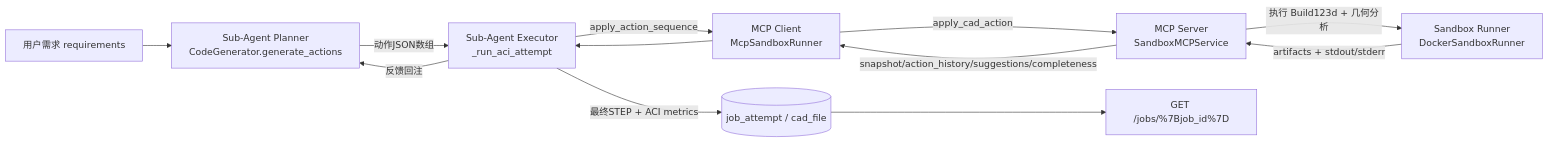
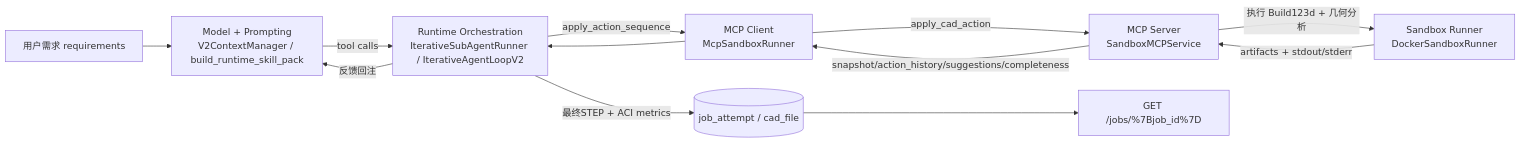
The first of 3 diagrams in docs/CAD_ACTION_ITERATION.md (Jrx2003/aicad.subagent.build123d), drawn with Mermaid before and after one commit. The commit also changed other lines of this file and 220 other files, not shown here.

Commit message:
Refactor runtime ownership and archive legacy planner

````diff
--- a/docs/CAD_ACTION_ITERATION.md
+++ b/docs/CAD_ACTION_ITERATION.md
@@ -25,14 +38,14 @@
 ```mermaid
 flowchart LR
-    U[用户需求 requirements] --> P[Sub-Agent Planner\nCodeGenerator.generate_actions]
-    P -->|动作JSON数组| E[Sub-Agent Executor\n_run_aci_attempt]
+    U[用户需求 requirements] --> P[Model + Prompting\nV2ContextManager / build_runtime_skill_pack]
+    P -->|tool calls| E[Runtime Orchestration\nIterativeSubAgentRunner / IterativeAgentLoopV2]
     E -->|apply_action_sequence| C[MCP Client\nMcpSandboxRunner]
     C -->|apply_cad_action| S[MCP Server\nSandboxMCPService]
     S -->|执行 Build123d + 几何分析| R[Sandbox Runner\nDockerSandboxRunner]
     R -->|artifacts + stdout/stderr| S
     S -->|snapshot/action_history/suggestions/completeness| C
     C --> E
     E -->|反馈回注| P
     E -->|最终STEP + ACI metrics| DB[(job_attempt / cad_file)]
     DB --> API[GET /jobs/%7Bjob_id%7D]
 ```
````
